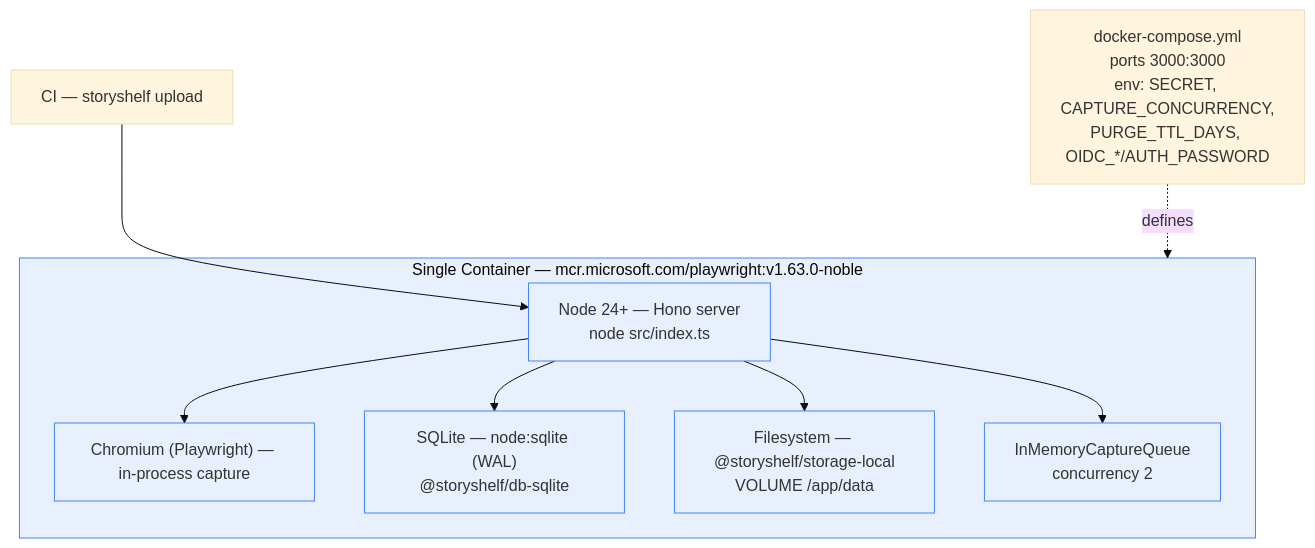
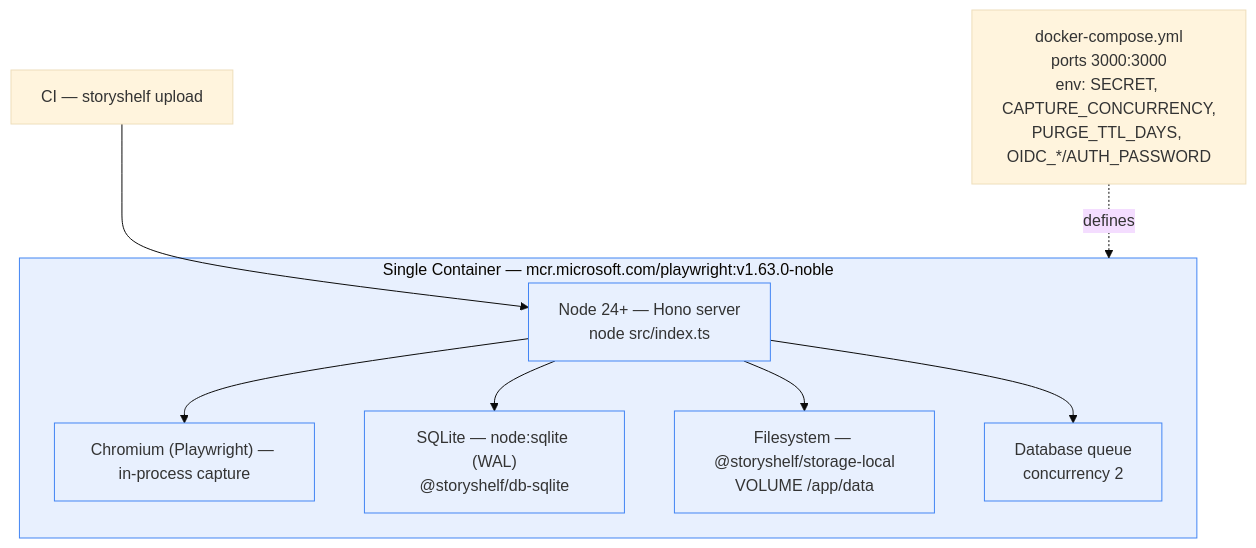
One commit to GuptaSiddhant/StoryShelf changed diagram 14 of 18 in docs/architecture-diagrams.md. Above: the diagram before and after it, drawn with Mermaid (base theme). The commit also changed other lines of this file and 80 other files, not shown here.

First line of the commit message:
feat(app): cut over to the database queue, rewrite forked capture parent push

````diff
--- a/docs/architecture-diagrams.md
+++ b/docs/architecture-diagrams.md
@@ -761,23 +761,23 @@
 ```mermaid
 flowchart TB
     subgraph Docker["Single Container — mcr.microsoft.com/playwright:v1.63.0-noble"]
         Node["Node 24+ — Hono server<br/>node src/index.ts"]
         PW["Chromium (Playwright) — in-process capture"]
         SQLite["SQLite — node:sqlite (WAL)<br/>@storyshelf/db-sqlite"]
         FS["Filesystem — @storyshelf/storage-local<br/>VOLUME /app/data"]
-        Queue2["InMemoryCaptureQueue<br/>concurrency 2"]
+        Queue2["Database queue<br/>concurrency 2"]
     end
 
     Compose["docker-compose.yml<br/>ports 3000:3000<br/>env: SECRET, CAPTURE_CONCURRENCY,<br/>PURGE_TTL_DAYS, OIDC_*/AUTH_PASSWORD"]
     CI2["CI — storyshelf upload"]
 
     CI2 --> Node
     Node --> PW
     Node --> SQLite
     Node --> FS
     Node --> Queue2
     Compose -. defines .-> Docker
 
     classDef container fill:#e8f0fe,stroke:#4285f4;
     class Docker,Node,PW,SQLite,FS,Queue2 container;
 ```
````
